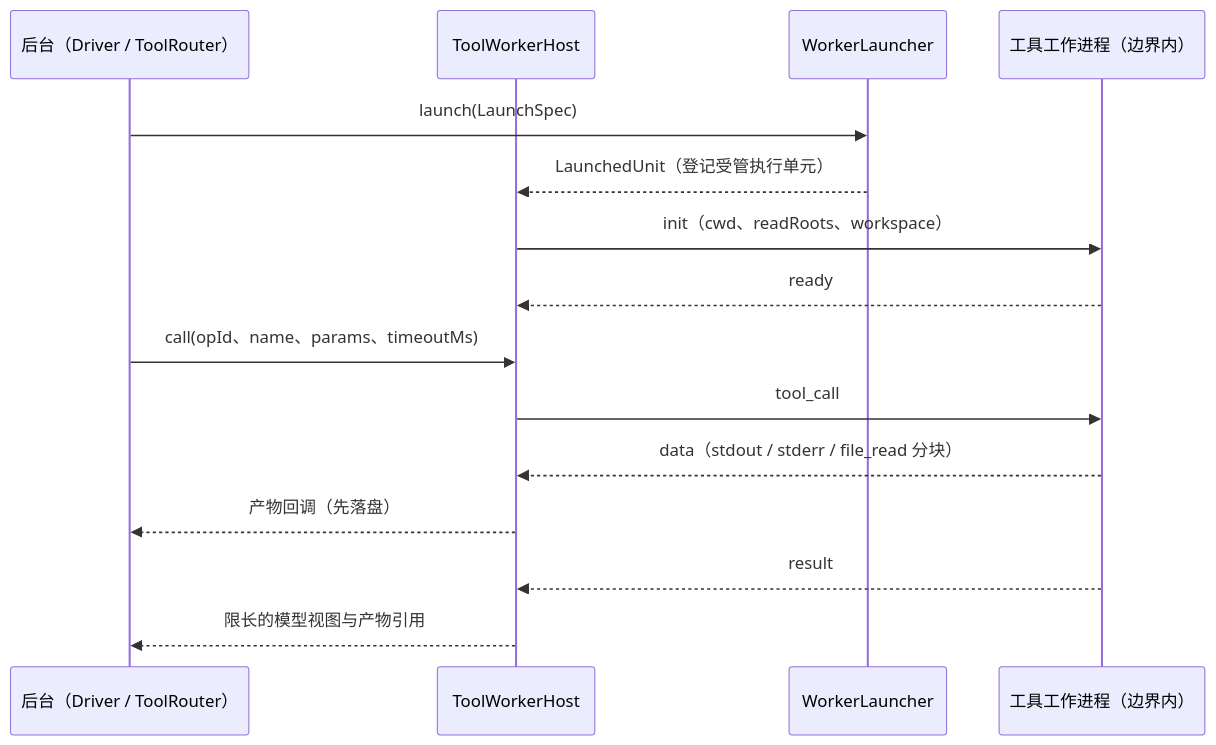
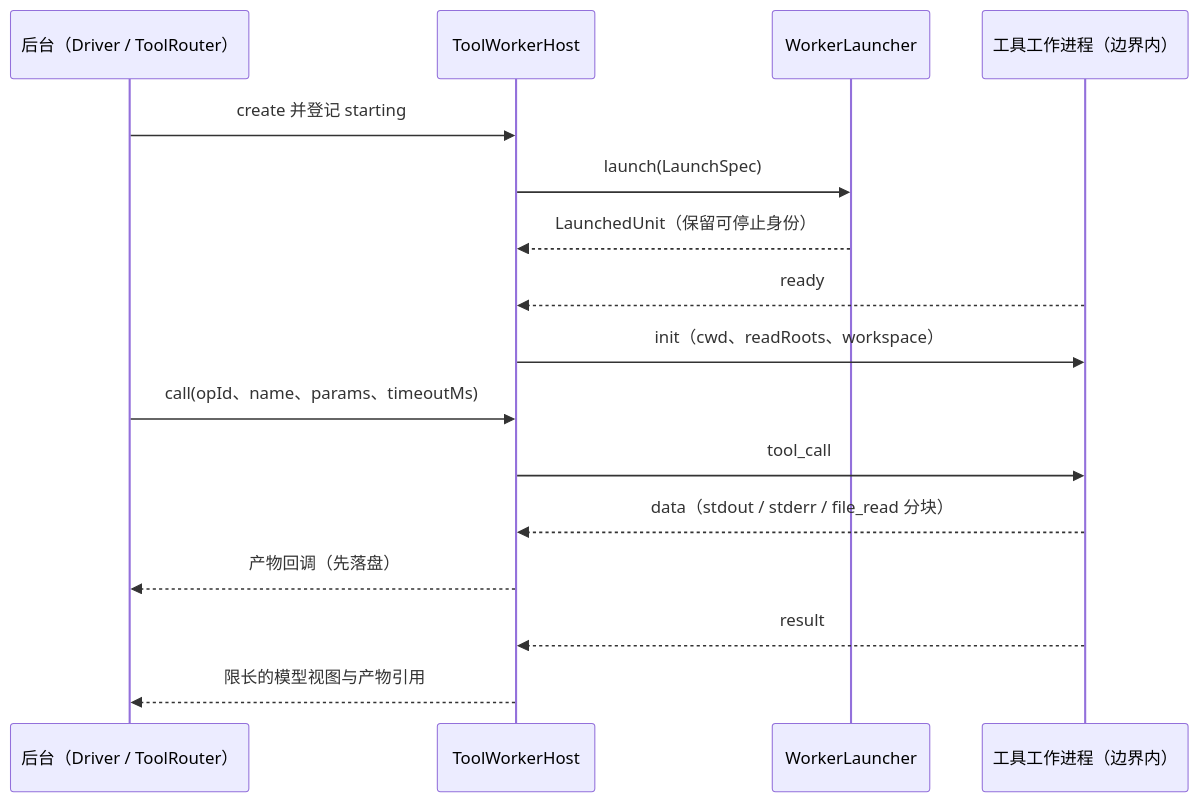
Before and after one commit to num-lab/Ruukoto: the second of 3 diagrams in docs/modules/execution.md, drawn with Mermaid. The commit also changed other lines of this file and 32 other files, not shown here.

````diff
--- a/docs/modules/execution.md
+++ b/docs/modules/execution.md
@@ -83,17 +84,18 @@
 ```mermaid
 sequenceDiagram
   participant RT as 后台（Driver / ToolRouter）
   participant H as ToolWorkerHost
   participant L as WorkerLauncher
   participant W as 工具工作进程（边界内）
-  RT->>L: launch(LaunchSpec)
-  L-->>H: LaunchedUnit（登记受管执行单元）
+  RT->>H: create 并登记 starting
+  H->>L: launch(LaunchSpec)
+  L-->>H: LaunchedUnit（保留可停止身份）
+  W-->>H: ready
   H->>W: init（cwd、readRoots、workspace）
-  W-->>H: ready
   RT->>H: call(opId、name、params、timeoutMs)
   H->>W: tool_call
   W-->>H: data（stdout / stderr / file_read 分块）
   H-->>RT: 产物回调（先落盘）
   W-->>H: result
   H-->>RT: 限长的模型视图与产物引用
 ```
````
